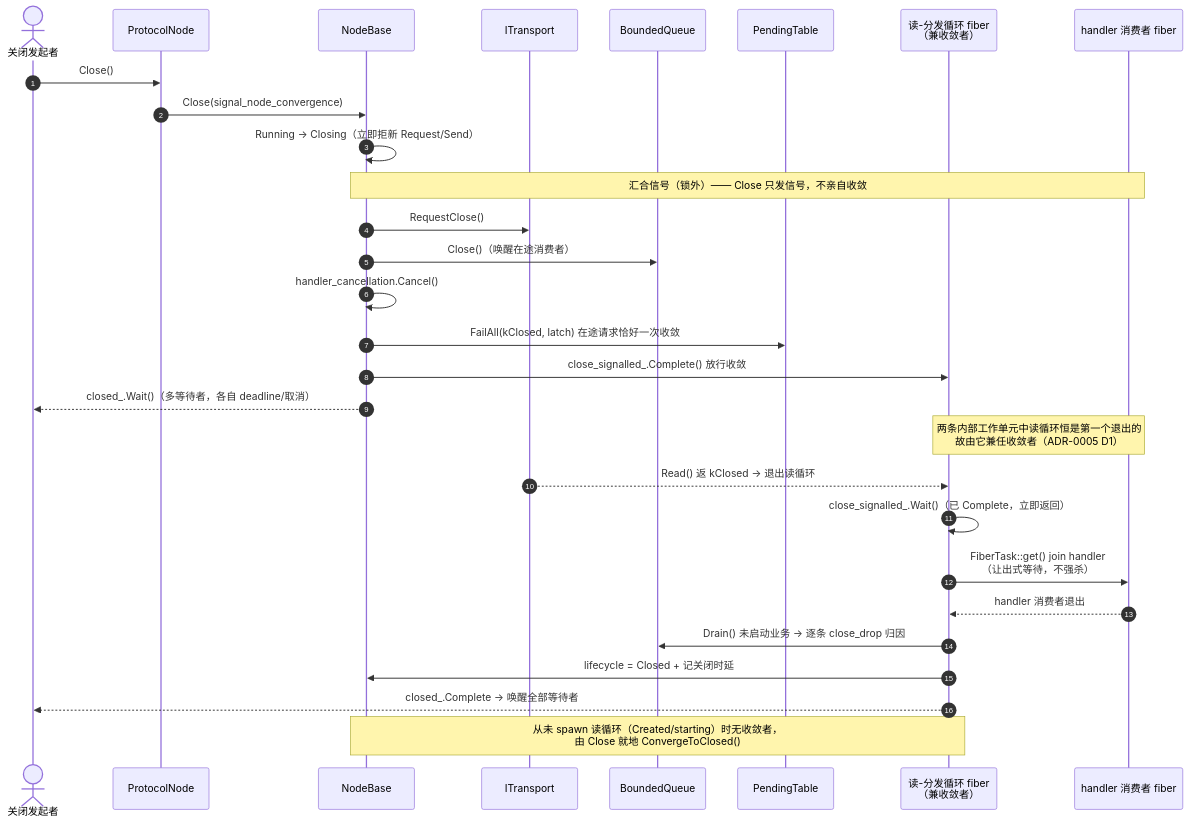
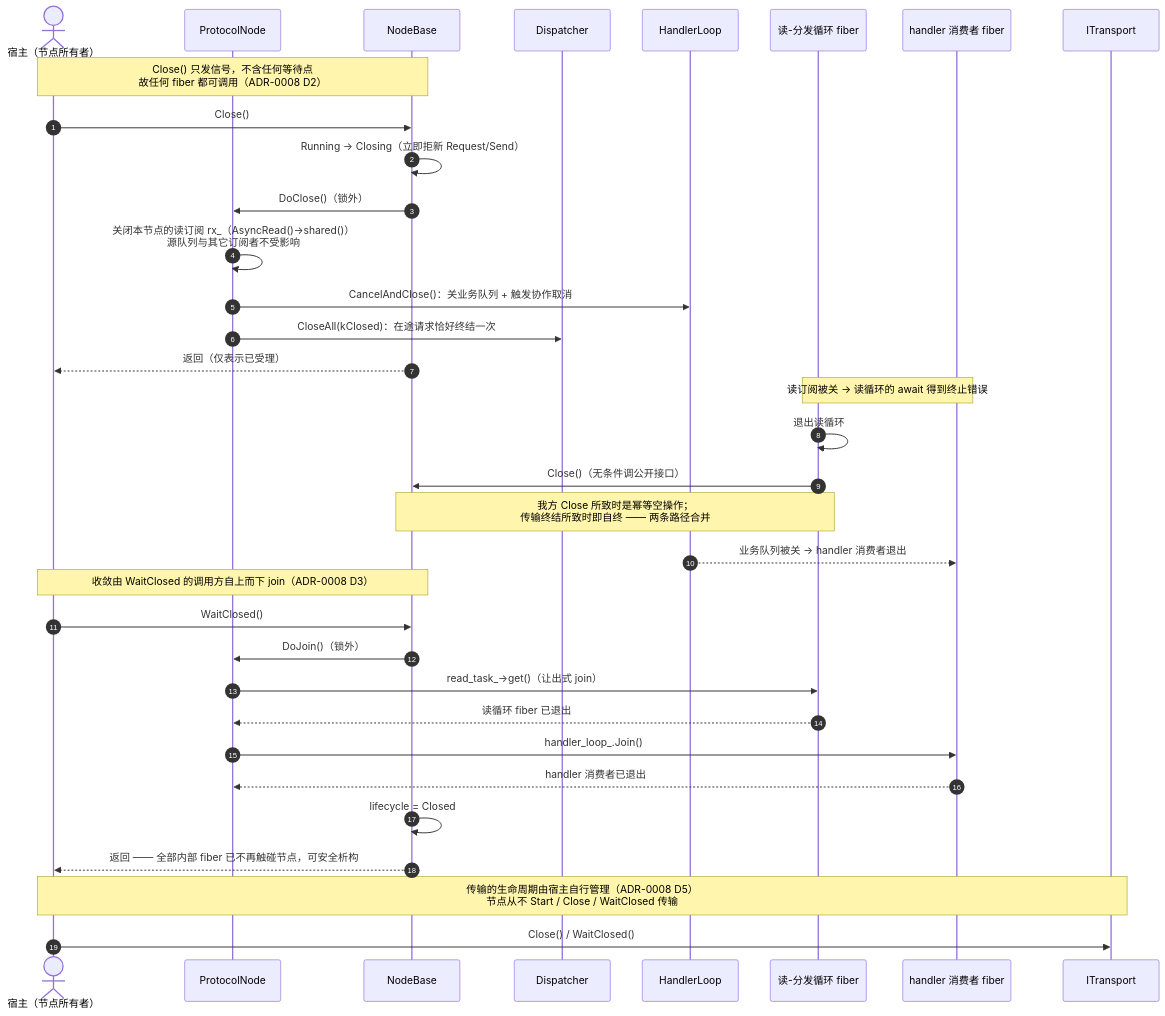
One commit to Ste7an-cs/Transport changed the diagram in docs/diagrams/seq-close.mmd. Above: the diagram before and after it, drawn with Mermaid. The commit also changed 20 other files, not shown here.

First line of the commit message:
docs(diagrams): 按 ADR-0008 重绘九张图，同步 SDD 图注与追溯矩阵

```diff
--- a/docs/diagrams/seq-close.mmd
+++ b/docs/diagrams/seq-close.mmd
@@ -1,32 +1,38 @@
 sequenceDiagram
     autonumber
-    actor X as 关闭发起者
+    actor X as 宿主（节点所有者）
     participant N as ProtocolNode
-    participant RT as NodeBase
+    participant B as NodeBase
+    participant D as Dispatcher
+    participant H as HandlerLoop
+    participant RL as 读-分发循环 fiber
+    participant HC as handler 消费者 fiber
     participant T as ITransport
-    participant BQ as BoundedQueue
-    participant P as PendingTable
-    participant RL as 读-分发循环 fiber<br/>（兼收敛者）
-    participant H as handler 消费者 fiber
 
-    X->>N: Close()
-    N->>RT: Close(signal_node_convergence)
-    RT->>RT: Running → Closing（立即拒新 Request/Send）
-    Note over RT,H: 汇合信号（锁外）—— Close 只发信号，不亲自收敛
-    RT->>T: RequestClose()
-    RT->>BQ: Close()（唤醒在途消费者）
-    RT->>RT: handler_cancellation.Cancel()
-    RT->>P: FailAll(kClosed, latch) 在途请求恰好一次收敛
-    RT->>RL: close_signalled_.Complete() 放行收敛
-    RT-->>X: closed_.Wait()（多等待者，各自 deadline/取消）
+    Note over X,B: Close() 只发信号，不含任何等待点<br/>故任何 fiber 都可调用（ADR-0008 D2）
+    X->>B: Close()
+    B->>B: Running → Closing（立即拒新 Request/Send）
+    B->>N: DoClose()（锁外）
+    N->>N: 关闭本节点的读订阅 rx_（AsyncRead()->shared()）<br/>源队列与其它订阅者不受影响
+    N->>H: CancelAndClose()：关业务队列 + 触发协作取消
+    N->>D: CloseAll(kClosed)：在途请求恰好终结一次
+    B-->>X: 返回（仅表示已受理）
 
-    Note over RL,H: 两条内部工作单元中读循环恒是第一个退出的<br/>故由它兼任收敛者（ADR-0005 D1）
-    T-->>RL: Read() 返 kClosed → 退出读循环
-    RL->>RL: close_signalled_.Wait()（已 Complete，立即返回）
-    RL->>H: FiberTask::get() join handler<br/>（让出式等待，不强杀）
-    H-->>RL: handler 消费者退出
-    RL->>BQ: Drain() 未启动业务 → 逐条 close_drop 归因
-    RL->>RT: lifecycle = Closed + 记关闭时延
-    RL-->>X: closed_.Complete → 唤醒全部等待者
+    Note over RL,HC: 读订阅被关 → 读循环的 await 得到终止错误
+    RL->>RL: 退出读循环
+    RL->>B: Close()（无条件调公开接口）
+    Note over RL,B: 我方 Close 所致时是幂等空操作；<br/>传输终结所致时即自终 —— 两条路径合并
+    H-->>HC: 业务队列被关 → handler 消费者退出
 
-    Note over RT,RL: 从未 spawn 读循环（Created/starting）时无收敛者，<br/>由 Close 就地 ConvergeToClosed()
+    Note over X,B: 收敛由 WaitClosed 的调用方自上而下 join（ADR-0008 D3）
+    X->>B: WaitClosed()
+    B->>N: DoJoin()（锁外）
+    N->>RL: read_task_->get()（让出式 join）
+    RL-->>N: 读循环 fiber 已退出
+    N->>HC: handler_loop_.Join()
+    HC-->>N: handler 消费者已退出
+    B->>B: lifecycle = Closed
+    B-->>X: 返回 —— 全部内部 fiber 已不再触碰节点，可安全析构
+
+    Note over X,T: 传输的生命周期由宿主自行管理（ADR-0008 D5）<br/>节点从不 Start / Close / WaitClosed 传输
+    X->>T: Close() / WaitClosed()
```
